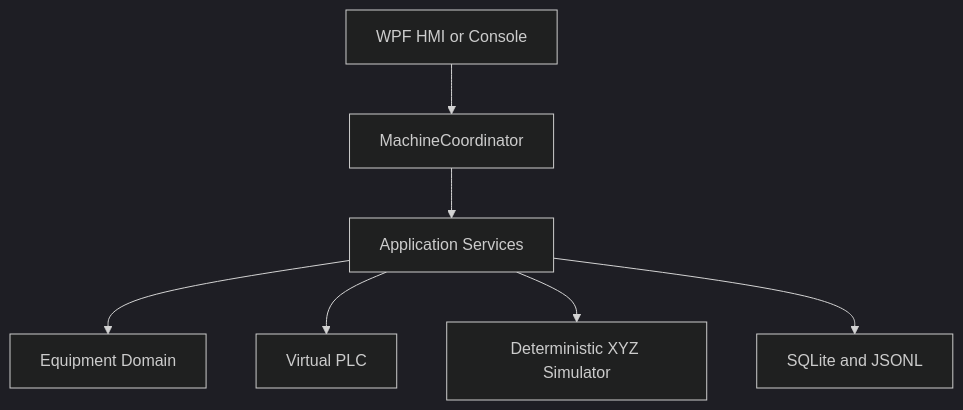
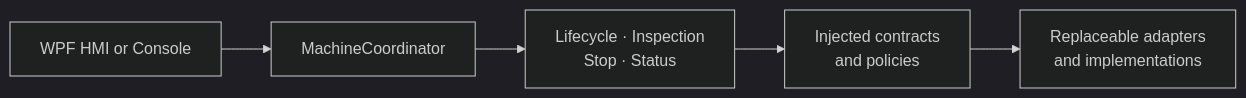
The second of 3 diagrams in README.md (parthoece/multiaxis-motion-sim), drawn with Mermaid (dark theme) before and after one commit. The commit also changed other lines of this file, not shown here.

Commit message:
Document extensible grblHAL architecture

````diff
--- a/README.md
+++ b/README.md
@@ -212,17 +235,13 @@
 ```mermaid
-flowchart TB
+flowchart LR
     UI[WPF HMI or Console]
-    MC[MachineCoordinator]
-    APP[Application Services]
-    DOMAIN[Equipment Domain]
-    PLC[Virtual PLC]
-    MOTION[Deterministic XYZ Simulator]
-    DATA[SQLite and JSONL]
+    COORD[MachineCoordinator]
+    SERVICES[Lifecycle · Inspection<br/>Stop · Status]
+    SEAMS[Injected contracts<br/>and policies]
+    ADAPTERS[Replaceable adapters<br/>and implementations]
 
-    UI --> MC
-    MC --> APP
-    APP --> DOMAIN
-    APP --> PLC
-    APP --> MOTION
-    APP --> DATA
+    UI --> COORD
+    COORD --> SERVICES
+    SERVICES --> SEAMS
+    SEAMS --> ADAPTERS
 ```
````
